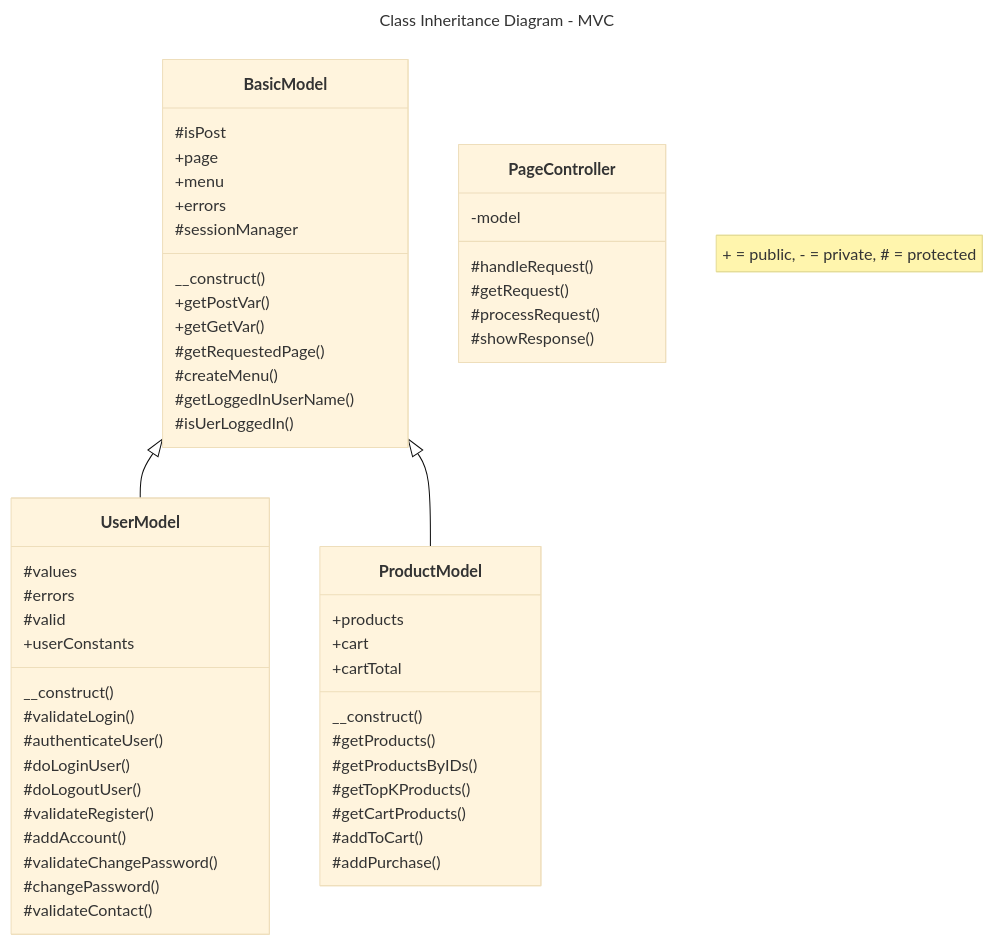
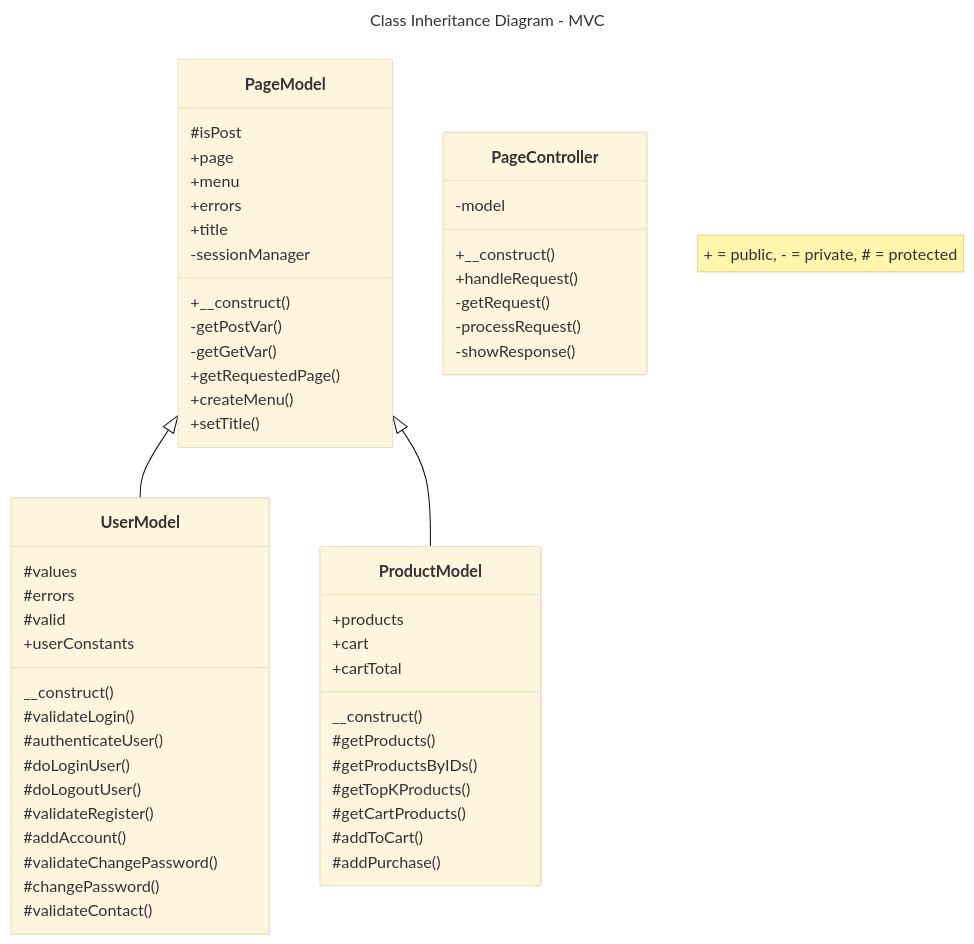
One commit to JeroenHeemskerk/educom-webshop-oop-1713521403 changed the diagram in Diagrams/class-inheritance-diagram-MVC.md. Above: the diagram before and after it, drawn with Mermaid (base theme).

Commit message:
02A: opdr 4.2, issue 5; titel toegevoegd aan controller en visibility updates

````diff
--- a/Diagrams/class-inheritance-diagram-MVC.md
+++ b/Diagrams/class-inheritance-diagram-MVC.md
@@ -1,65 +1,66 @@
 ```mermaid
 ---
 title: Class Inheritance Diagram - MVC
 ---
 classDiagram
     note "+ = public, - = private, # = protected"
     %% A <|-- B means that class B inherits from class A %%
 
-    BasicModel <|-- UserModel
-    BasicModel <|-- ProductModel
+    PageModel <|-- UserModel
+    PageModel <|-- ProductModel
 
     class PageController {
         -model
-        #handleRequest()
-        #getRequest()
-        #processRequest()
-        #showResponse()
+        +__construct()
+        +handleRequest()
+        -getRequest()
+        -processRequest()
+        -showResponse()
 
     }
-    class BasicModel {
+    class PageModel {
         #isPost
         +page
         +menu
         +errors
-        #sessionManager
-        __construct()
-        +getPostVar()
-        +getGetVar()
-        #getRequestedPage()
-        #createMenu()
-        #getLoggedInUserName()
-        #isUerLoggedIn()
+        +title
+        -sessionManager
+        +__construct()
+        -getPostVar()
+        -getGetVar()
+        +getRequestedPage()
+        +createMenu()
+        +setTitle()
     }
 
     class UserModel {
         #values
         #errors
         #valid
         +userConstants
         __construct()
         #validateLogin()
         #authenticateUser()
         #doLoginUser()
         #doLogoutUser()
         #validateRegister()
         #addAccount()
         #validateChangePassword()
         #changePassword()
         #validateContact()
     }
 
     class ProductModel {
         +products
         +cart
         +cartTotal
         __construct()
         #getProducts()
         #getProductsByIDs()
         #getTopKProducts()
         #getCartProducts()
         #addToCart()
         #addPurchase()
     }
 
 ```
````
